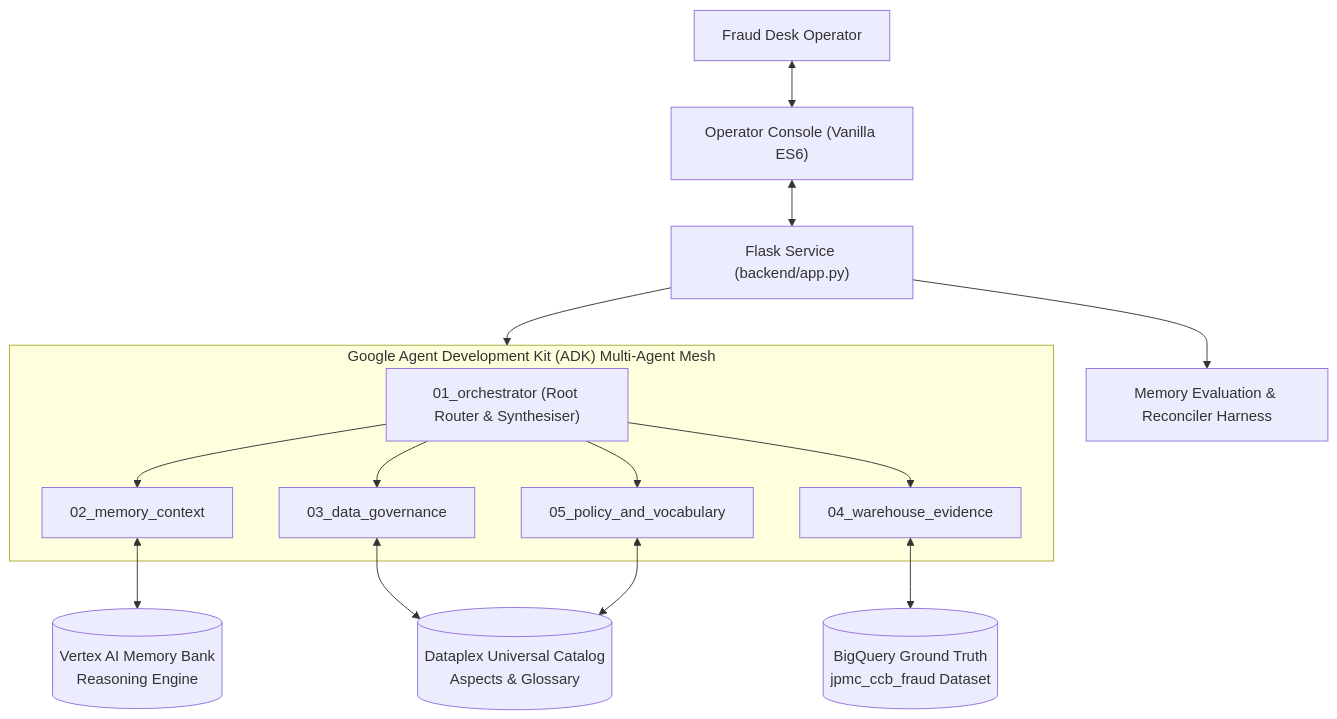
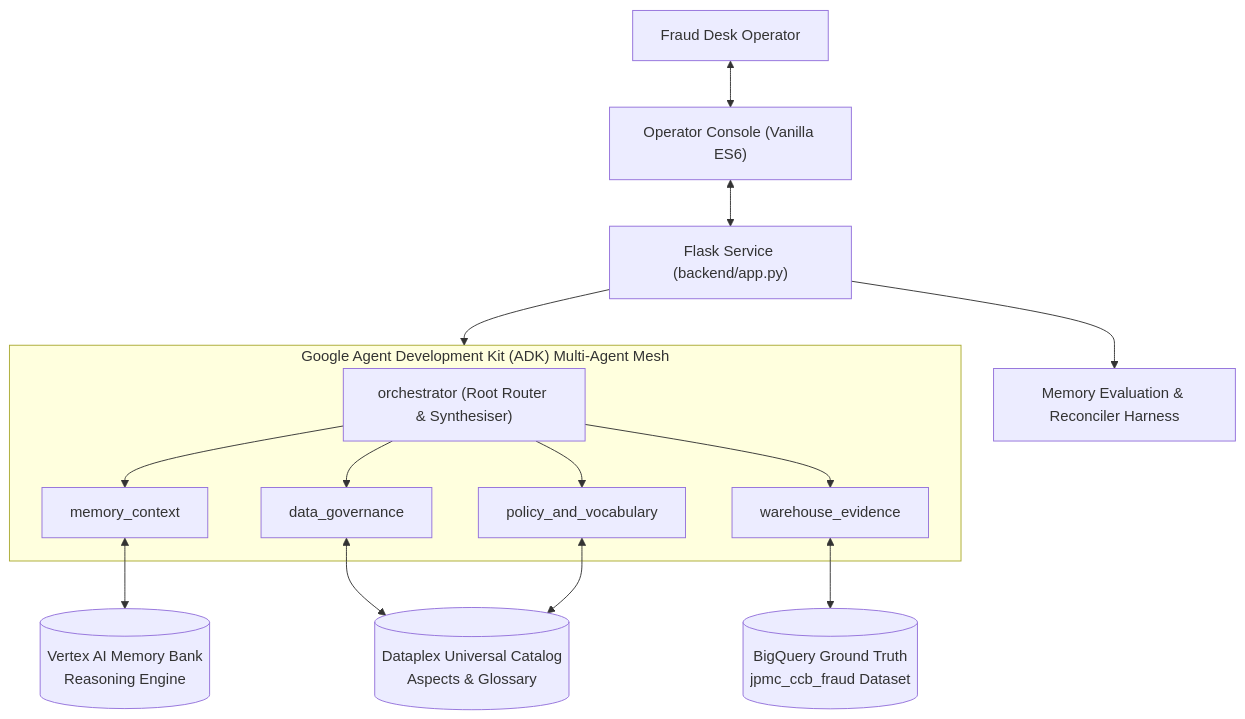
One commit to aarsanjani/jpmc-consumer-credit changed the diagram in README.md. Above: the diagram before and after it, drawn with Mermaid. The commit also changed other lines of this file and 2 other files, not shown here.

Commit message:
fix: use valid Python identifiers for ADK agent names

````diff
--- a/README.md
+++ b/README.md
@@ -37,26 +37,26 @@
 ```mermaid
 flowchart TD
     User["Fraud Desk Operator"] <--> UI["Operator Console (Vanilla ES6)"]
     UI <--> Backend["Flask Service (backend/app.py)"]
     
     subgraph ADKMesh["Google Agent Development Kit (ADK) Multi-Agent Mesh"]
-        ORCH["01_orchestrator (Root Router & Synthesiser)"]
-        MEM["02_memory_context"]
-        GOV["03_data_governance"]
-        WH["04_warehouse_evidence"]
-        POL["05_policy_and_vocabulary"]
+        ORCH["orchestrator (Root Router & Synthesiser)"]
+        MEM["memory_context"]
+        GOV["data_governance"]
+        WH["warehouse_evidence"]
+        POL["policy_and_vocabulary"]
         
         ORCH --> MEM
         ORCH --> GOV
         ORCH --> WH
         ORCH --> POL
     end
     
     Backend --> ADKMesh
     Backend --> Eval["Memory Evaluation & Reconciler Harness"]
     
     MEM <--> MB[("Vertex AI Memory Bank\nReasoning Engine")]
     GOV <--> DP[("Dataplex Universal Catalog\nAspects & Glossary")]
     WH <--> BQ[("BigQuery Ground Truth\njpmc_ccb_fraud Dataset")]
     POL <--> DP
 ```
````
